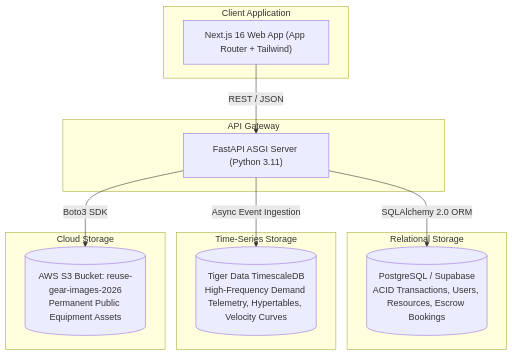
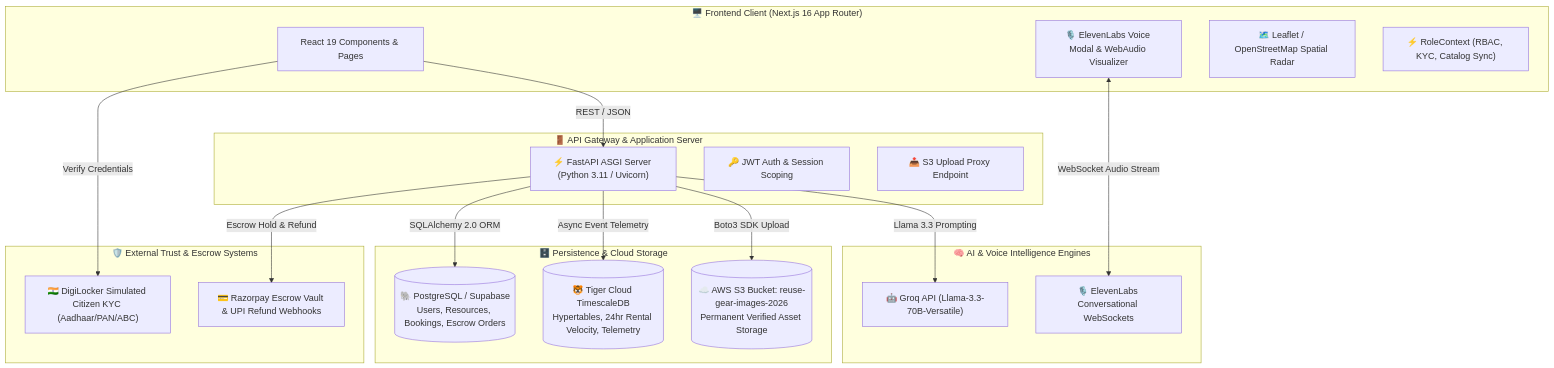
The first of 4 diagrams in README.md (khaleek696-art/reuseproject), drawn with Mermaid before and after one commit. The commit also changed other lines of this file, not shown here.

Commit message:
docs: update comprehensive README with MVP walkthrough, system architecture, and UML diagrams

````diff
--- a/README.md
+++ b/README.md
@@ -108,27 +112,40 @@
 ```mermaid
-graph TD
-    subgraph Client Application
-        Frontend["Next.js 16 Web App (App Router + Tailwind)"]
+flowchart TD
+    subgraph ClientLayer["🖥️ Frontend Client (Next.js 16 App Router)"]
+        UI["React 19 Components & Pages"]
+        VoiceComp["🎙️ ElevenLabs Voice Modal & WebAudio Visualizer"]
+        MapComp["🗺️ Leaflet / OpenStreetMap Spatial Radar"]
+        StateContext["⚡ RoleContext (RBAC, KYC, Catalog Sync)"]
     end
 
-    subgraph API Gateway
-        FastAPI["FastAPI ASGI Server (Python 3.11)"]
+    subgraph APIGateway["🚪 API Gateway & Application Server"]
+        FastAPI["⚡ FastAPI ASGI Server (Python 3.11 / Uvicorn)"]
+        AuthMiddleware["🔑 JWT Auth & Session Scoping"]
+        UploadProxy["📤 S3 Upload Proxy Endpoint"]
     end
 
-    subgraph Relational Storage
-        Postgres[("PostgreSQL / Supabase<br/>ACID Transactions, Users, Resources, Escrow Bookings")]
+    subgraph AIServices["🧠 AI & Voice Intelligence Engines"]
+        Groq["🤖 Groq API (Llama-3.3-70B-Versatile)"]
+        ElevenLabs["🎙️ ElevenLabs Conversational WebSockets"]
     end
 
-    subgraph Time-Series Storage
-        TigerDB[("Tiger Data TimescaleDB<br/>High-Frequency Demand Telemetry, Hypertables, Velocity Curves")]
+    subgraph DataLayer["🗄️ Persistence & Cloud Storage"]
+        Postgres[("🐘 PostgreSQL / Supabase<br/>Users, Resources, Bookings, Escrow Orders")]
+        Timescale[("🐯 Tiger Cloud TimescaleDB<br/>Hypertables, 24hr Rental Velocity, Telemetry")]
+        AWSS3[("☁️ AWS S3 Bucket: reuse-gear-images-2026<br/>Permanent Verified Asset Storage")]
     end
 
-    subgraph Cloud Storage
-        S3[("AWS S3 Bucket: reuse-gear-images-2026<br/>Permanent Public Equipment Assets")]
+    subgraph TrustAndPayments["🛡️ External Trust & Escrow Systems"]
+        DigiLocker["🇮🇳 DigiLocker Simulated Citizen KYC (Aadhaar/PAN/ABC)"]
+        Razorpay["💳 Razorpay Escrow Vault & UPI Refund Webhooks"]
     end
 
-    Frontend -->|REST / JSON| FastAPI
+    UI -->|REST / JSON| FastAPI
+    VoiceComp <-->|WebSocket Audio Stream| ElevenLabs
+    FastAPI -->|Llama 3.3 Prompting| Groq
     FastAPI -->|SQLAlchemy 2.0 ORM| Postgres
-    FastAPI -->|Async Event Ingestion| TigerDB
-    FastAPI -->|Boto3 SDK| S3
+    FastAPI -->|Async Event Telemetry| Timescale
+    FastAPI -->|Boto3 SDK Upload| AWSS3
+    UI -->|Verify Credentials| DigiLocker
+    FastAPI -->|Escrow Hold & Refund| Razorpay
 ```
````
